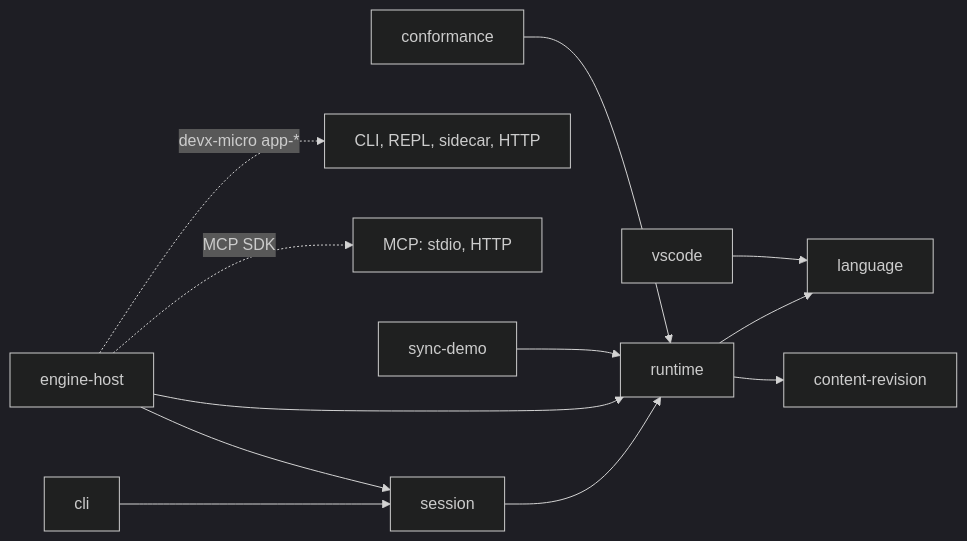
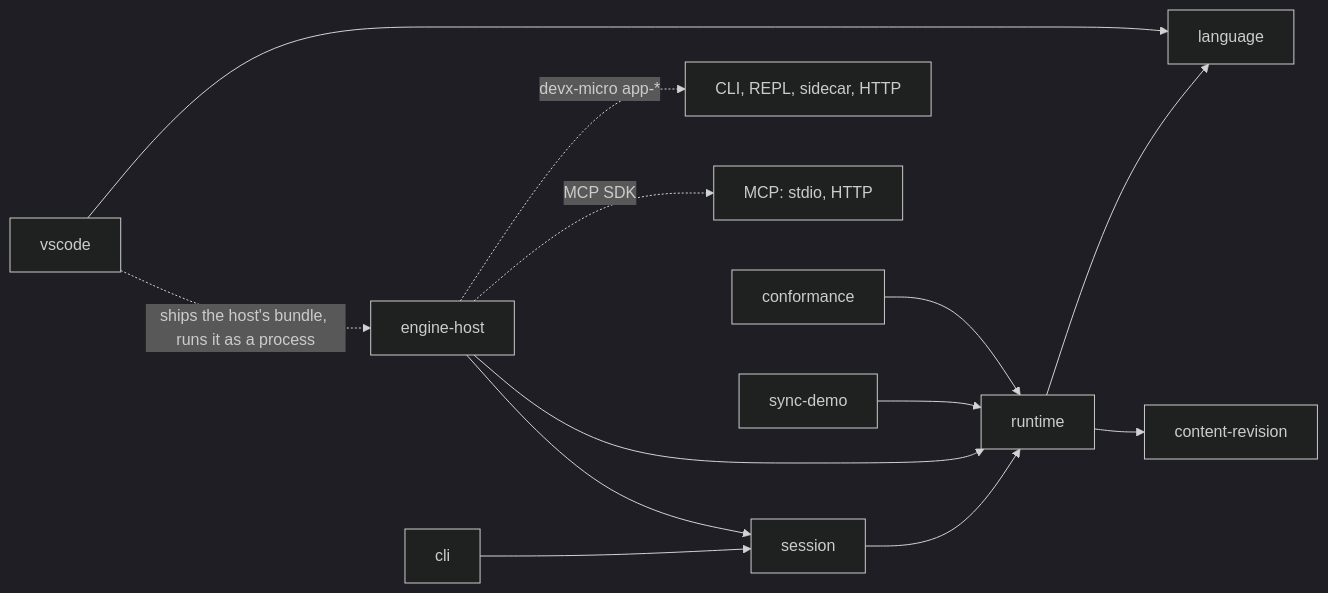
The second of 2 diagrams in AGENTS.md (typedblite/typedblite), drawn with Mermaid (dark theme) before and after one commit. The commit also changed other lines of this file and 24 other files, not shown here.

First line of the commit message:
feat(engine-host): the editor starts the host over the sidecar

````diff
--- a/AGENTS.md
+++ b/AGENTS.md
@@ -27,14 +27,15 @@
 ```mermaid
 flowchart LR
   cli --> session
   session --> runtime
   engine-host --> session
   engine-host -.->|devx-micro app-*| transports[CLI, REPL, sidecar, HTTP]
   engine-host -.->|MCP SDK| mcp[MCP: stdio, HTTP]
+  vscode -.->|ships the host's bundle, runs it as a process| engine-host
   engine-host --> runtime
   sync-demo --> runtime
   conformance --> runtime
   runtime --> language
   runtime --> content-revision
   vscode --> language
 ```
````
